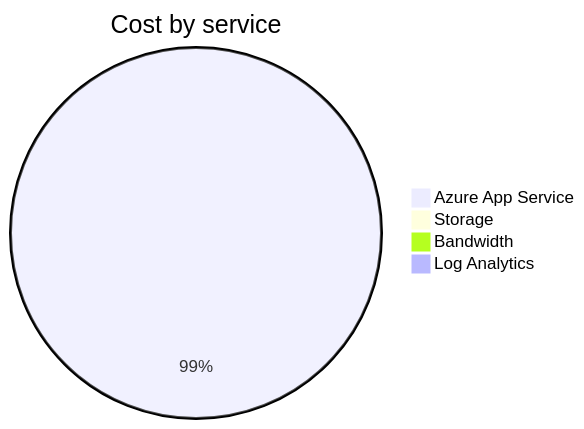
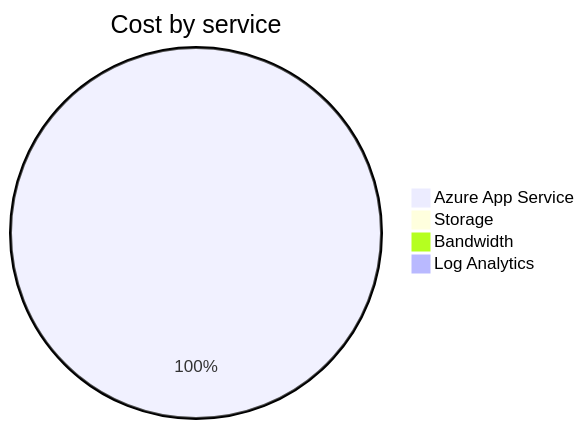
One commit to jpfulton/azure-personal-reports changed the second of 4 diagrams in cost-reports/personal-site/README.md. Above: the diagram before and after it, drawn with Mermaid. The commit also changed other lines of this file and 6 other files, not shown here.

````diff
--- a/cost-reports/personal-site/README.md
+++ b/cost-reports/personal-site/README.md
@@ -96,8 +96,8 @@
 ```mermaid
 pie
    title Cost by service
-   "Azure App Service" : 1.68
+   "Azure App Service" : 2.27
    "Storage" : 0.01
    "Bandwidth" : 0.00
    "Log Analytics" : 0.00
 ```
````
